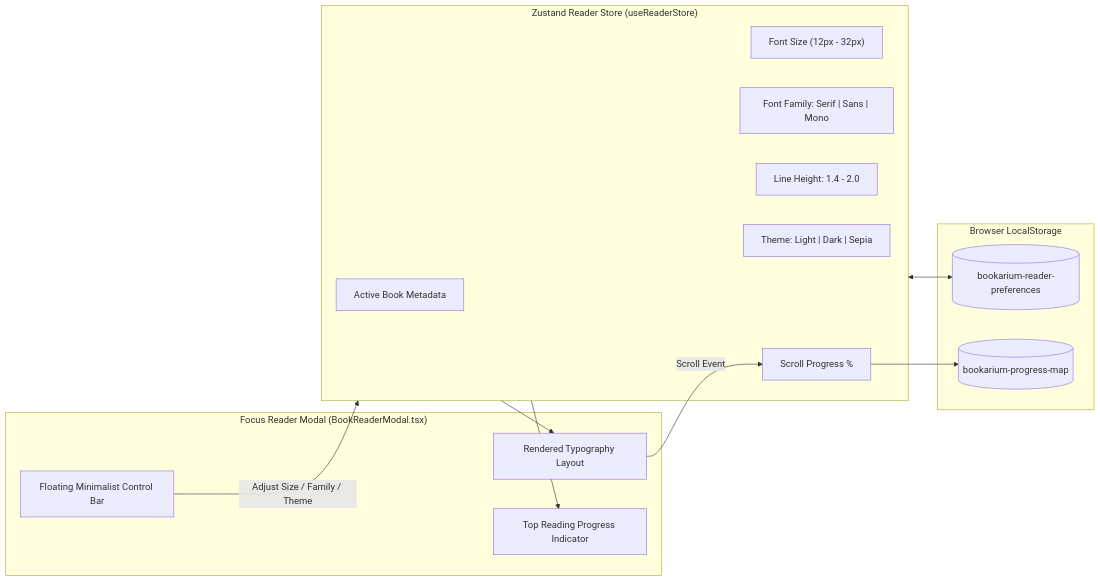
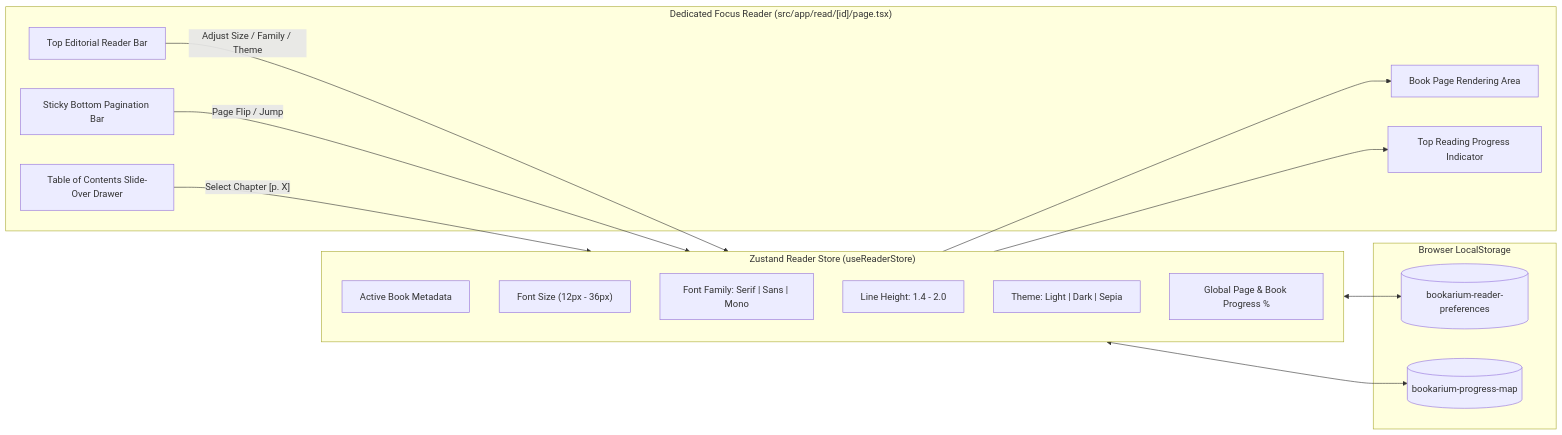
The second of 2 diagrams in README.md (calin-m/Bookarium), drawn with Mermaid before and after one commit. The commit also changed other lines of this file and 27 other files, not shown here.

First line of the commit message:
feat(reader): implement true book-wide pagination, sticky 0-CLS footer, and dynamic literary quotes

````diff
--- a/README.md
+++ b/README.md
@@ -96,29 +132,32 @@
 ```mermaid
 flowchart LR
     subgraph ReaderState ["Zustand Reader Store (useReaderStore)"]
         ActiveBook["Active Book Metadata"]
-        FontSize["Font Size (12px - 32px)"]
+        FontSize["Font Size (12px - 36px)"]
         FontFamily["Font Family: Serif | Sans | Mono"]
         LineHeight["Line Height: 1.4 - 2.0"]
         Theme["Theme: Light | Dark | Sepia"]
-        Progress["Scroll Progress %"]
+        Progress["Global Page & Book Progress %"]
     end
 
-    subgraph ReaderView ["Focus Reader Modal (BookReaderModal.tsx)"]
-        Toolbar["Floating Minimalist Control Bar"]
-        ContentArea["Rendered Typography Layout"]
+    subgraph ReaderView ["Dedicated Focus Reader (src/app/read/[id]/page.tsx)"]
+        Toolbar["Top Editorial Reader Bar"]
+        ContentArea["Book Page Rendering Area"]
         ProgressBar["Top Reading Progress Indicator"]
+        FooterBar["Sticky Bottom Pagination Bar"]
+        TOC["Table of Contents Slide-Over Drawer"]
     end
 
     subgraph Persistence ["Browser LocalStorage"]
         LSState[("bookarium-reader-preferences")]
         LSProgress[("bookarium-progress-map")]
     end
 
     Toolbar -->|Adjust Size / Family / Theme| ReaderState
     ReaderState --> ContentArea
     ReaderState --> ProgressBar
-    ContentArea -->|Scroll Event| Progress
-    Progress --> LSProgress
+    FooterBar -->|Page Flip / Jump| ReaderState
+    TOC -->|"Select Chapter [p. X]"| ReaderState
     ReaderState <--> LSState
+    ReaderState <--> LSProgress
 ```
````
